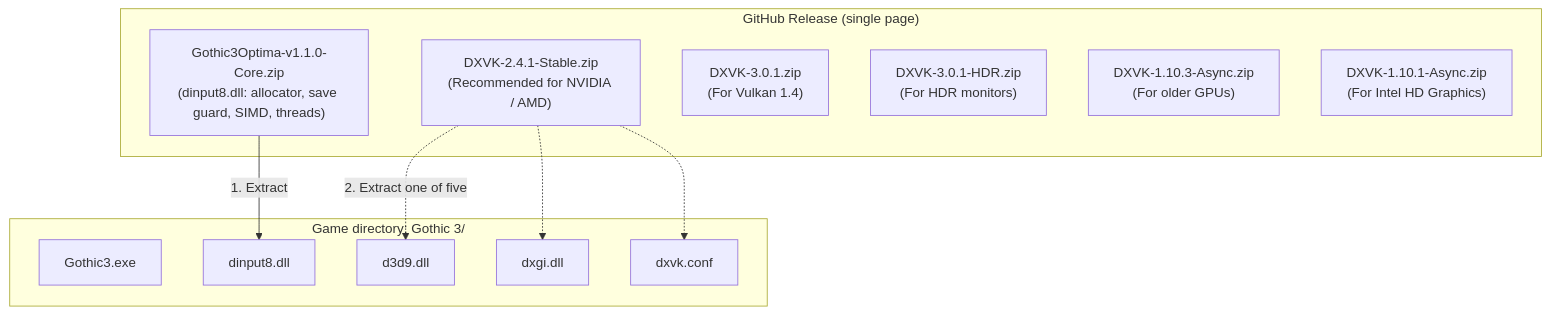
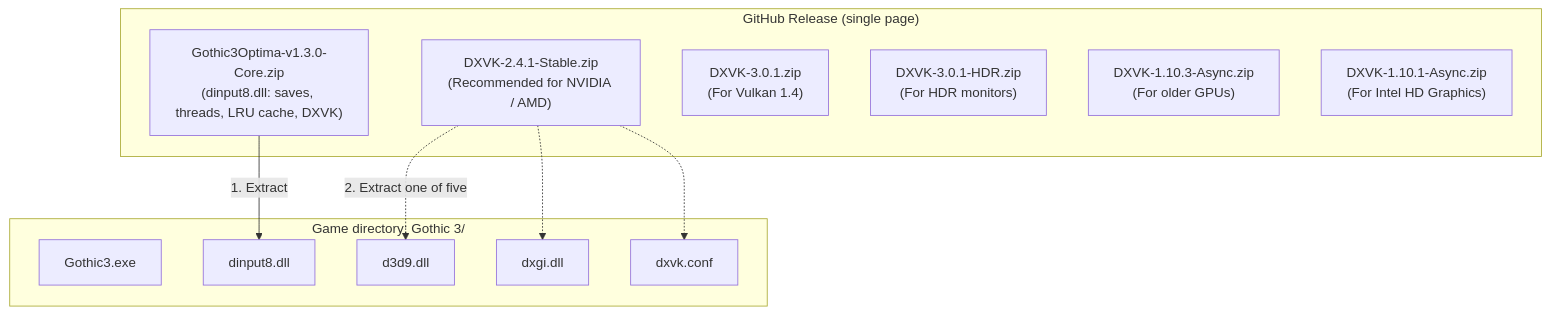
The first of 2 diagrams in README_en.md (VadimGlinskiy/G3O), drawn with Mermaid before and after one commit. The commit also changed other lines of this file and 12 other files, not shown here.

````diff
--- a/README_en.md
+++ b/README_en.md
@@ -42,24 +42,24 @@
 ```mermaid
 graph TD
     subgraph GitHub_Release ["GitHub Release (single page)"]
-        Core["Gothic3Optima-v1.1.0-Core.zip<br/>(dinput8.dll: allocator, save guard, SIMD, threads)"]
+        Core["Gothic3Optima-v1.3.0-Core.zip<br/>(dinput8.dll: saves, threads, LRU cache, DXVK)"]
         DXVK1["DXVK-2.4.1-Stable.zip<br/>(Recommended for NVIDIA / AMD)"]
         DXVK2["DXVK-3.0.1.zip<br/>(For Vulkan 1.4)"]
         DXVK3["DXVK-3.0.1-HDR.zip<br/>(For HDR monitors)"]
         DXVK4["DXVK-1.10.3-Async.zip<br/>(For older GPUs)"]
         DXVK5["DXVK-1.10.1-Async.zip<br/>(For Intel HD Graphics)"]
     end
 
     subgraph Game_Folder ["Game directory: Gothic 3/"]
         EXE["Gothic3.exe"]
         DLL["dinput8.dll"]
         D3D9["d3d9.dll"]
         DXGI["dxgi.dll"]
         CONF["dxvk.conf"]
     end
 
     Core -->|"1. Extract"| DLL
     DXVK1 -.->|"2. Extract one of five"| D3D9
     DXVK1 -.-> DXGI
     DXVK1 -.-> CONF
 ```
````
